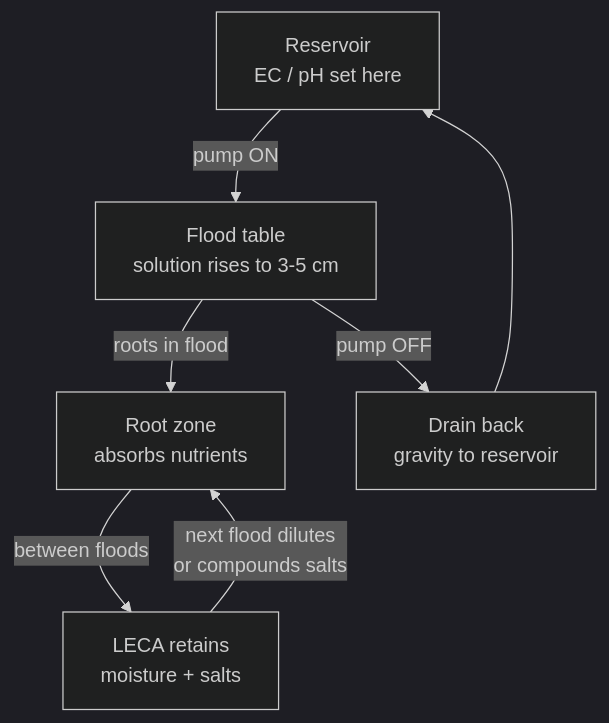
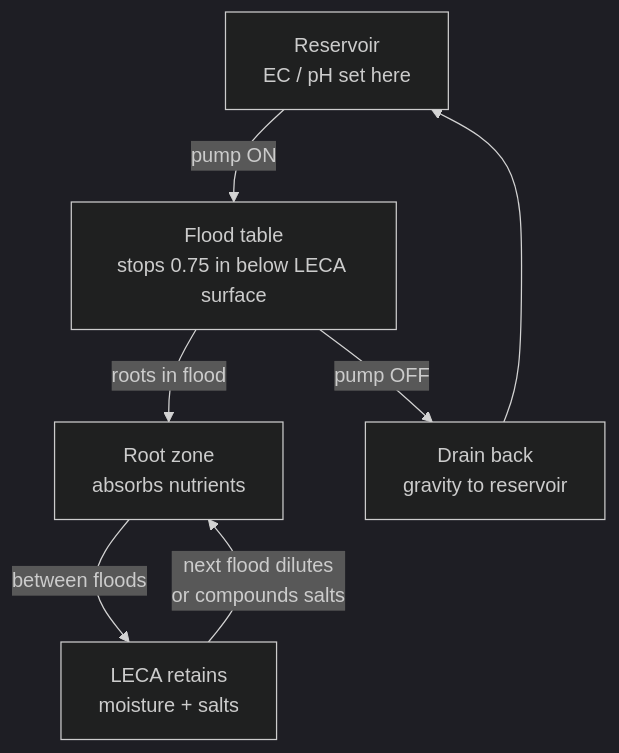
The second of 2 diagrams in guide/compare/01-nutrients.md (UncleJS/guide_hydroponics), drawn with Mermaid (dark theme) before and after one commit. The commit also changed other lines of this file and 35 other files, not shown here.

````diff
--- a/guide/compare/01-nutrients.md
+++ b/guide/compare/01-nutrients.md
@@ -88,9 +91,9 @@
 ```mermaid
 graph TD
-  A[Reservoir<br/>EC / pH set here] -->|pump ON| B[Flood table<br/>solution rises to 3-5 cm]
+  A[Reservoir<br/>EC / pH set here] -->|pump ON| B[Flood table<br/>stops 0.75 in below LECA surface]
   B -->|roots in flood| C[Root zone<br/>absorbs nutrients]
   B -->|pump OFF| D[Drain back<br/>gravity to reservoir]
   D --> A
   C -->|between floods| E[LECA retains<br/>moisture + salts]
   E -->|next flood dilutes<br/>or compounds salts| C
 ```
````
